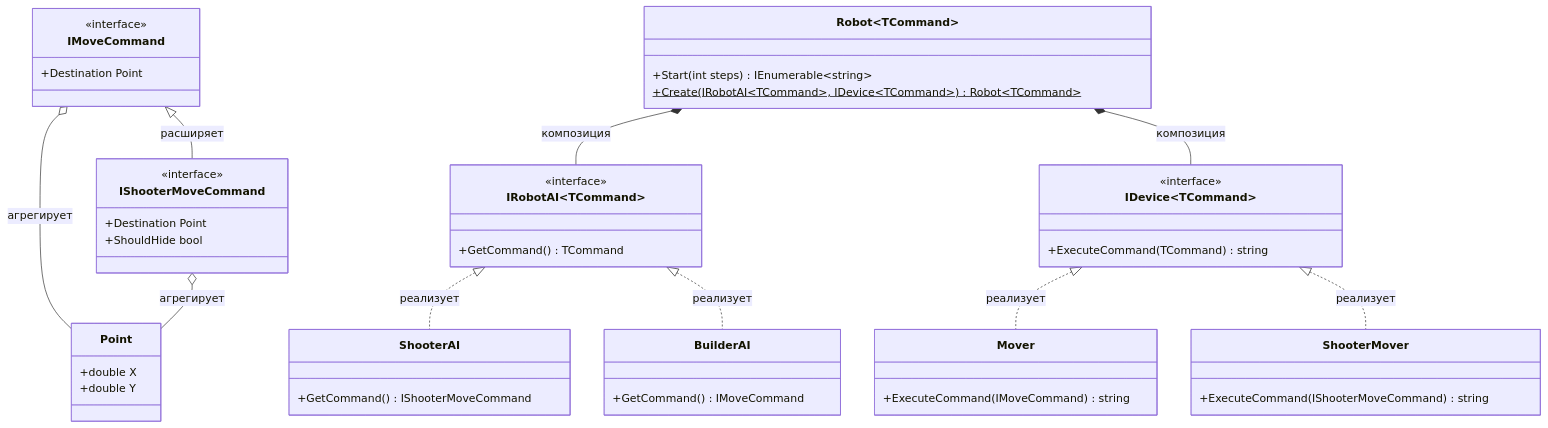
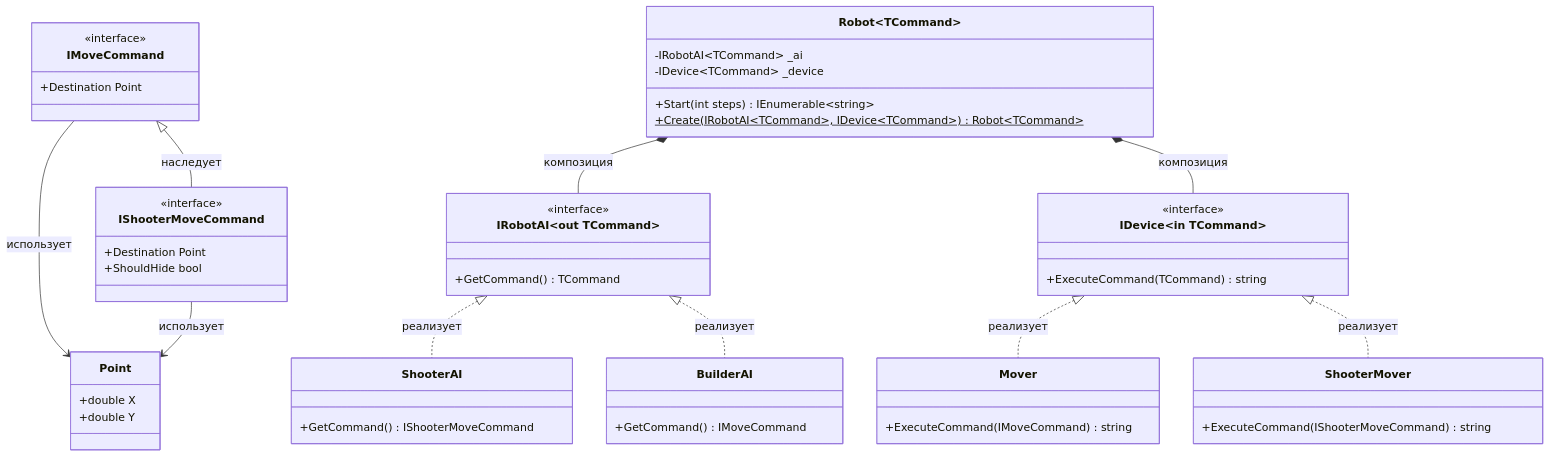
The diagram in robots.md (N1kZHub/practice-csharp-2026), drawn with Mermaid before and after one commit. The commit also changed other lines of this file, not shown here.

````diff
--- a/robots.md
+++ b/robots.md
@@ -9,63 +8,65 @@
 ```mermaid
 classDiagram
     
     class Point {
         +double X
         +double Y
     }
     
     class IMoveCommand {
         <<interface>>
         +Destination Point
     }
     
     class IShooterMoveCommand {
         <<interface>>
         +Destination Point
         +ShouldHide bool
     }
     
-    class IRobotAI~TCommand~ {
+    class IRobotAI~out TCommand~ {
         <<interface>>
         +GetCommand() TCommand
     }
     
-    class IDevice~TCommand~ {
+    class IDevice~in TCommand~ {
         <<interface>>
         +ExecuteCommand(TCommand) string
     }
     
     class Robot~TCommand~ {
+        -IRobotAI~TCommand~ _ai
+        -IDevice~TCommand~ _device
         +Start(int steps) IEnumerable~string~
         +Create(IRobotAI~TCommand~, IDevice~TCommand~) Robot~TCommand~$
     }
     
     class ShooterAI {
         +GetCommand() IShooterMoveCommand
     }
     
     class BuilderAI {
         +GetCommand() IMoveCommand
     }
     
     class Mover {
         +ExecuteCommand(IMoveCommand) string
     }
     
     class ShooterMover {
         +ExecuteCommand(IShooterMoveCommand) string
     }
     
-    IMoveCommand <|-- IShooterMoveCommand : расширяет
-    IMoveCommand o-- Point : агрегирует
-    IShooterMoveCommand o-- Point : агрегирует
+    IMoveCommand <|-- IShooterMoveCommand : наследует
+    IMoveCommand --> Point : использует
+    IShooterMoveCommand --> Point : использует
     
-    IRobotAI~TCommand~ <|.. ShooterAI : реализует
-    IRobotAI~TCommand~ <|.. BuilderAI : реализует
+    IRobotAI~IShooterMoveCommand~ <|.. ShooterAI : реализует
+    IRobotAI~IMoveCommand~ <|.. BuilderAI : реализует
     
-    IDevice~TCommand~ <|.. Mover : реализует
-    IDevice~TCommand~ <|.. ShooterMover : реализует
+    IDevice~IMoveCommand~ <|.. Mover : реализует
+    IDevice~IShooterMoveCommand~ <|.. ShooterMover : реализует
     
     Robot~TCommand~ *-- IRobotAI~TCommand~ : композиция
     Robot~TCommand~ *-- IDevice~TCommand~ : композиция
 ```
````
